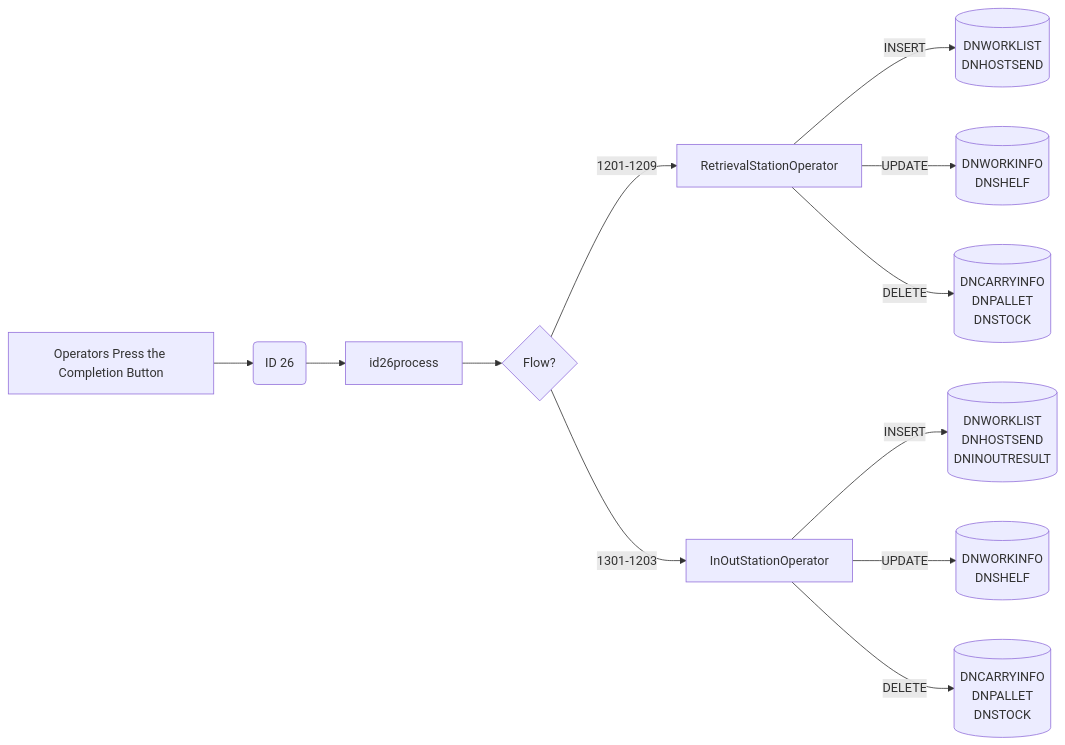
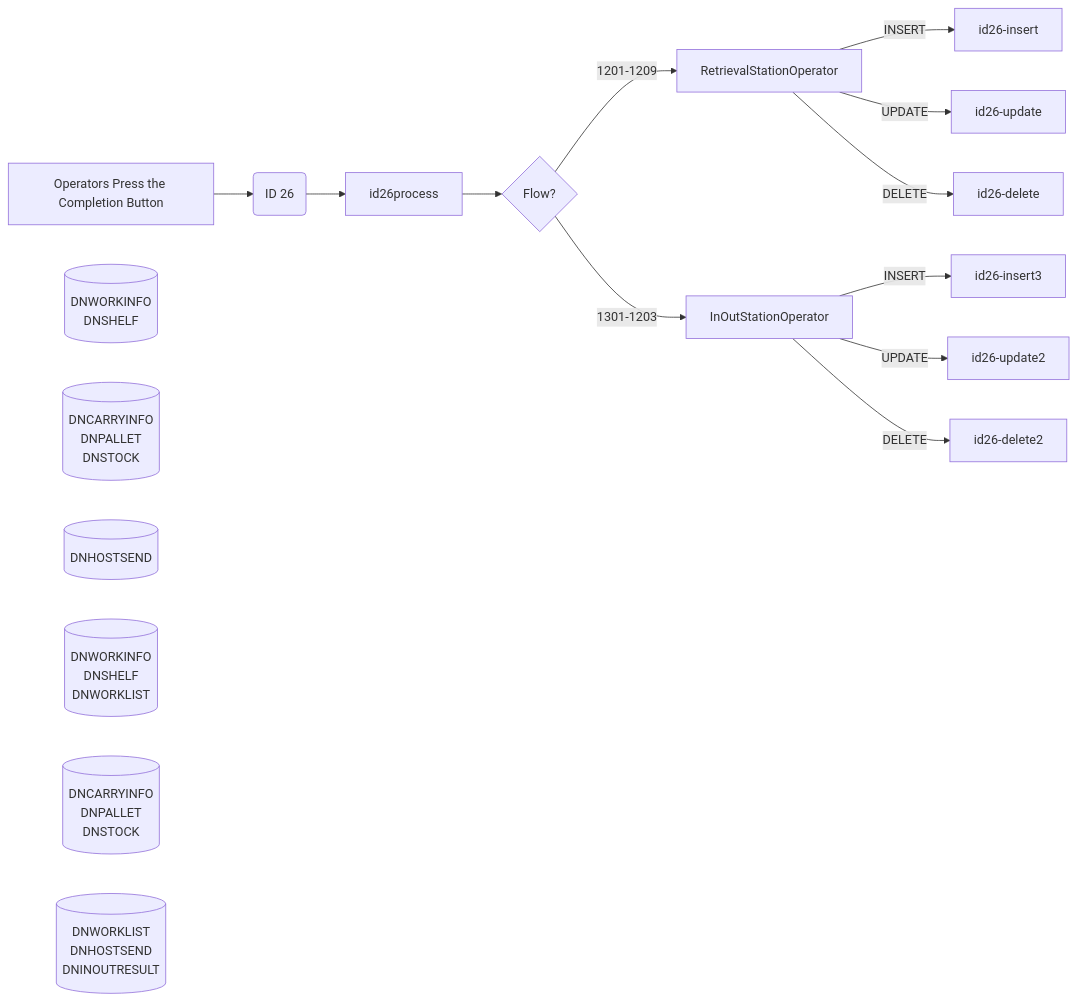
Before and after one commit to luthfiadityaa/SimeDarby-Wiki: diagram 19 of 19 in Basic-Design/DFD-WMS/Retrieval/Specific-Location-Retrieval-Setting.md, drawn with Mermaid.

Commit message:
Updated Specific Location Retrieval Setting

```diff
--- a/Basic-Design/DFD-WMS/Retrieval/Specific-Location-Retrieval-Setting.md
+++ b/Basic-Design/DFD-WMS/Retrieval/Specific-Location-Retrieval-Setting.md
@@ -834,62 +834,62 @@
 ::: mermaid
 flowchart LR
 
 buttonclicked["
 Operators Press the Completion Button
 "]
 
 id26msg("
 ID 26
 ")
 
 
-id26-update[("
+id26-updateRt[("
 DNWORKINFO
 DNSHELF
 ")]
 
-id26-delete[("
+id26-deleteRt[("
 DNCARRYINFO
 DNPALLET
 DNSTOCK
 ")]
 
-id26-insert[("
-DNWORKLIST
+id26-insertRt[("
 DNHOSTSEND
 ")]
 
-id26-update2[("
+id26-updateIo[("
 DNWORKINFO
 DNSHELF
+DNWORKLIST
 ")]
 
-id26-delete2[("
+id26-deleteIo[("
 DNCARRYINFO
 DNPALLET
 DNSTOCK
 ")]
 
-id26-insert3[("
+id26-insertIo[("
 DNWORKLIST
 DNHOSTSEND
 DNINOUTRESULT
 ")]
 
 id26process[id26process]
 
 buttonclicked --> id26msg
 id26msg -->id26process-->Cond1{Flow?}
 
 RetrievalStationOperator--> |INSERT| id26-insert 
 RetrievalStationOperator--> |UPDATE| id26-update 
 RetrievalStationOperator--> |DELETE| id26-delete 
 
 Cond1{Flow?} --> |1201-1209| RetrievalStationOperator
 Cond1{Flow?} --> |1301-1203| InOutStationOperator
 
 InOutStationOperator --> |INSERT| id26-insert3
 InOutStationOperator --> |UPDATE| id26-update2
 InOutStationOperator --> |DELETE| id26-delete2
 
 :::
```
